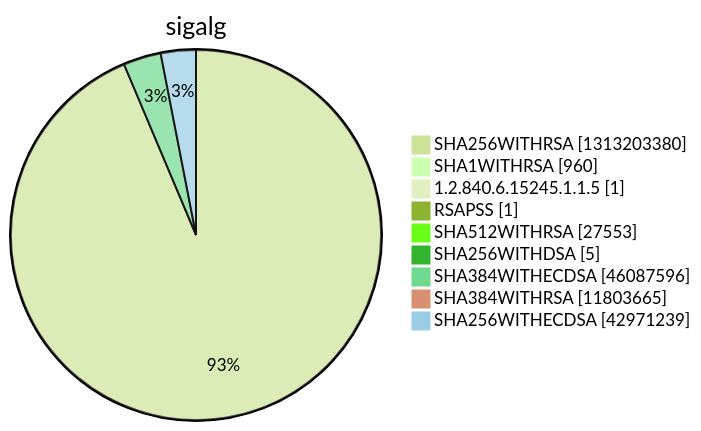
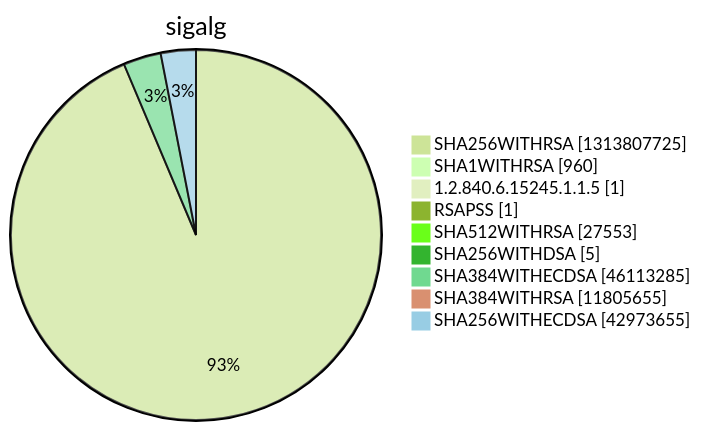
One commit to christiankrug/ctmonitor_visualization changed diagram 15 of 15 in argon2022/README.md. Above: the diagram before and after it, drawn with Mermaid (forest theme). The commit also changed other lines of this file, not shown here.

````diff
--- a/argon2022/README.md
+++ b/argon2022/README.md
@@ -5523,13 +5523,13 @@
 ```mermaid
 pie showData
 title sigalg
-"SHA256WITHRSA" :1313203380
+"SHA256WITHRSA" :1313807725
 "SHA1WITHRSA" :960
 "1.2.840.6.15245.1.1.5" :1
 "RSAPSS" :1
 "SHA512WITHRSA" :27553
 "SHA256WITHDSA" :5
-"SHA384WITHECDSA" :46087596
-"SHA384WITHRSA" :11803665
-"SHA256WITHECDSA" :42971239
+"SHA384WITHECDSA" :46113285
+"SHA384WITHRSA" :11805655
+"SHA256WITHECDSA" :42973655
 ```
````
